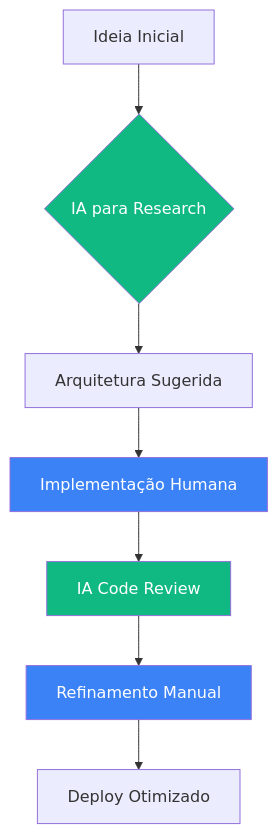
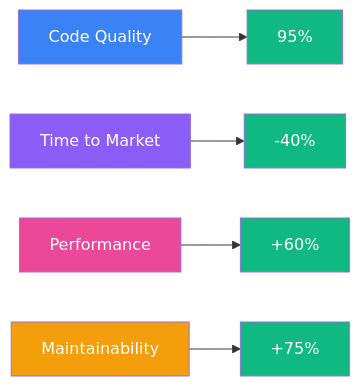
The second of 2 diagrams in README.md (leorecoa/leorecoa), drawn with Mermaid before and after one commit. The commit also changed other lines of this file, not shown here.

````diff
--- a/README.md
+++ b/README.md
@@ -123,14 +210,16 @@
 ```mermaid
-graph TD
-    A[Ideia Inicial] --> B{IA para Research}
-    B --> C[Arquitetura Sugerida]
-    C --> D[Implementação Humana]
-    D --> E[IA Code Review]
-    E --> F[Refinamento Manual]
-    F --> G[Deploy Otimizado]
+graph LR
+    A[Code Quality] --> B[95%];
+    C[Time to Market] --> D[-40%];
+    E[Performance] --> F[+60%];
+    G[Maintainability] --> H[+75%];
     
-    style B fill:#10b981,color:#fff
-    style E fill:#10b981,color:#fff
-    style D fill:#3b82f6,color:#fff
-    style F fill:#3b82f6,color:#fff
+    style A fill:#3B82F6,color:#fff
+    style B fill:#10B981,color:#fff
+    style C fill:#8B5CF6,color:#fff
+    style D fill:#10B981,color:#fff
+    style E fill:#EC4899,color:#fff
+    style F fill:#10B981,color:#fff
+    style G fill:#F59E0B,color:#fff
+    style H fill:#10B981,color:#fff
 ```
````
